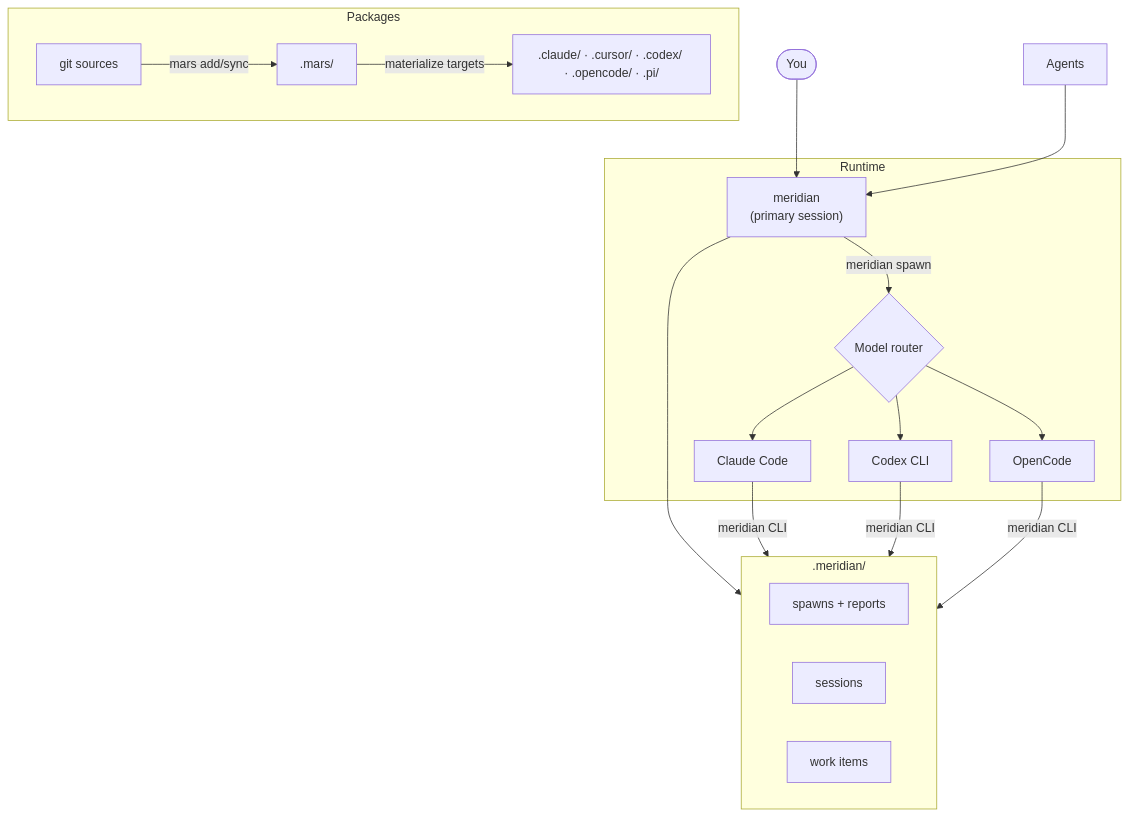
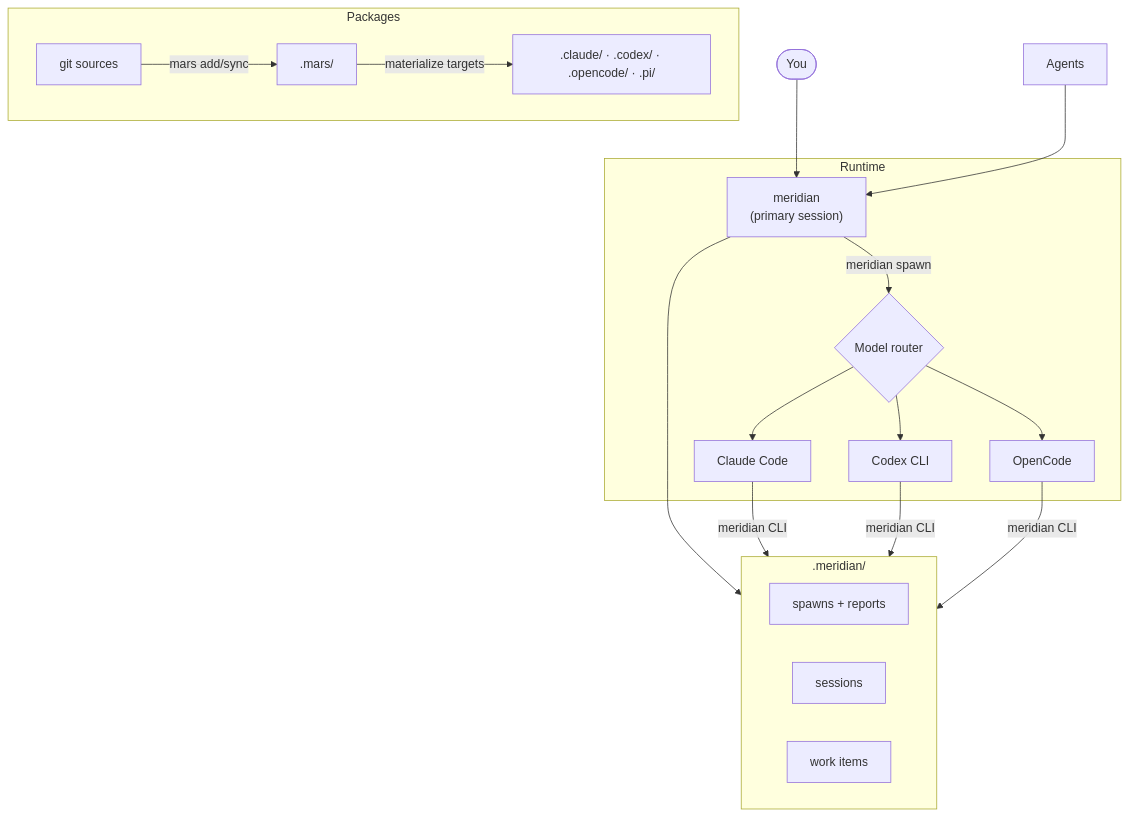
One commit to haowjy/meridian-cli changed the diagram in README.md. Above: the diagram before and after it, drawn with Mermaid. The commit also changed 61 other files, not shown here.

````diff
--- a/README.md
+++ b/README.md
@@ -98,26 +98,26 @@
 ```mermaid
 graph TB
     User([You]) --> Primary["meridian<br/>(primary session)"]
 
     subgraph Packages
         Sources["git sources"] -->|"mars add/sync"| Store[".mars/"]
-        Store -->|"materialize targets"| Tool[".claude/ · .cursor/ · .codex/ · .opencode/ · .pi/"]
+        Store -->|"materialize targets"| Tool[".claude/ · .codex/ · .opencode/ · .pi/"]
     end
 
     subgraph Runtime
         Primary -->|"meridian spawn"| Router{"Model router"}
         Router --> Claude["Claude Code"]
         Router --> Codex["Codex CLI"]
         Router --> OpenCode["OpenCode"]
     end
 
     subgraph State[".meridian/"]
         Spawns["spawns + reports"]
         Sessions["sessions"]
         Work["work items"]
     end
 
     Agents --> Primary
     Primary --> State
     Claude & Codex & OpenCode -->|"meridian CLI"| State
 ```
````
